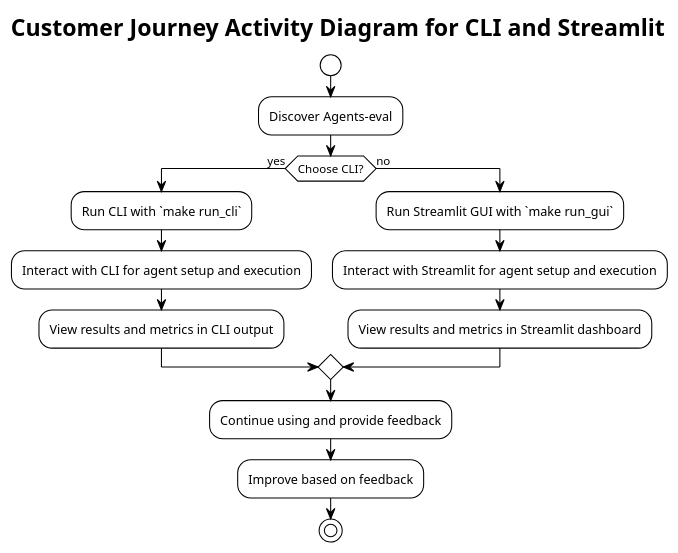
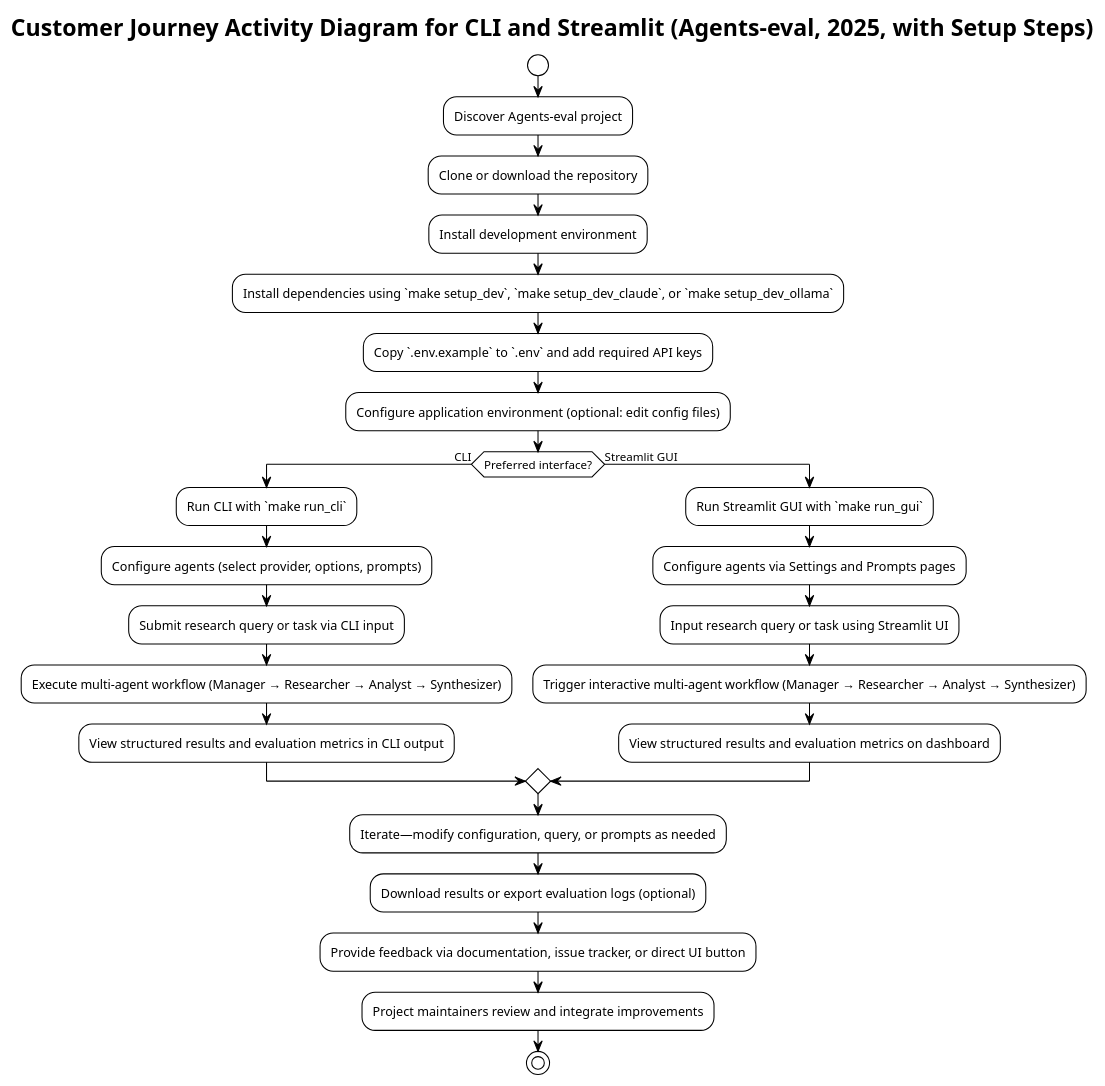
Before and after one commit to qte77/Agents-eval: the diagram in docs/architecture/customer-journey-activity-light.plantuml, drawn with PlantUML.

```diff
--- a/docs/architecture/customer-journey-activity-light.plantuml
+++ b/docs/architecture/customer-journey-activity-light.plantuml
@@ -1,21 +1,37 @@
 @startuml
 !theme plain
+skinparam monochrome true
 
-title Customer Journey Activity Diagram for CLI and Streamlit
+title Customer Journey Activity Diagram for CLI and Streamlit (Agents-eval, 2025, with Setup Steps)
 
 start
-:Discover Agents-eval;
-if (Choose CLI?) then (yes)
+
+:Discover Agents-eval project;
+
+:Clone or download the repository;
+:Install development environment;
+:Install dependencies using `make setup_dev`, `make setup_dev_claude`, or `make setup_dev_ollama`;
+:Copy `.env.example` to `.env` and add required API keys;
+:Configure application environment (optional: edit config files);
+
+if (Preferred interface?) then (CLI)
   :Run CLI with `make run_cli`;
-  :Interact with CLI for agent setup and execution;
-  :View results and metrics in CLI output;
-else (no)
+  :Configure agents (select provider, options, prompts);
+  :Submit research query or task via CLI input;
+  :Execute multi-agent workflow (Manager → Researcher → Analyst → Synthesizer);
+  :View structured results and evaluation metrics in CLI output;
+else (Streamlit GUI)
   :Run Streamlit GUI with `make run_gui`;
-  :Interact with Streamlit for agent setup and execution;
-  :View results and metrics in Streamlit dashboard;
+  :Configure agents via Settings and Prompts pages;
+  :Input research query or task using Streamlit UI;
+  :Trigger interactive multi-agent workflow (Manager → Researcher → Analyst → Synthesizer);
+  :View structured results and evaluation metrics on dashboard;
 endif
-:Continue using and provide feedback;
-:Improve based on feedback;
+
+:Iterate—modify configuration, query, or prompts as needed;
+:Download results or export evaluation logs (optional);
+:Provide feedback via documentation, issue tracker, or direct UI button;
+:Project maintainers review and integrate improvements;
 
 stop
 @enduml
```
